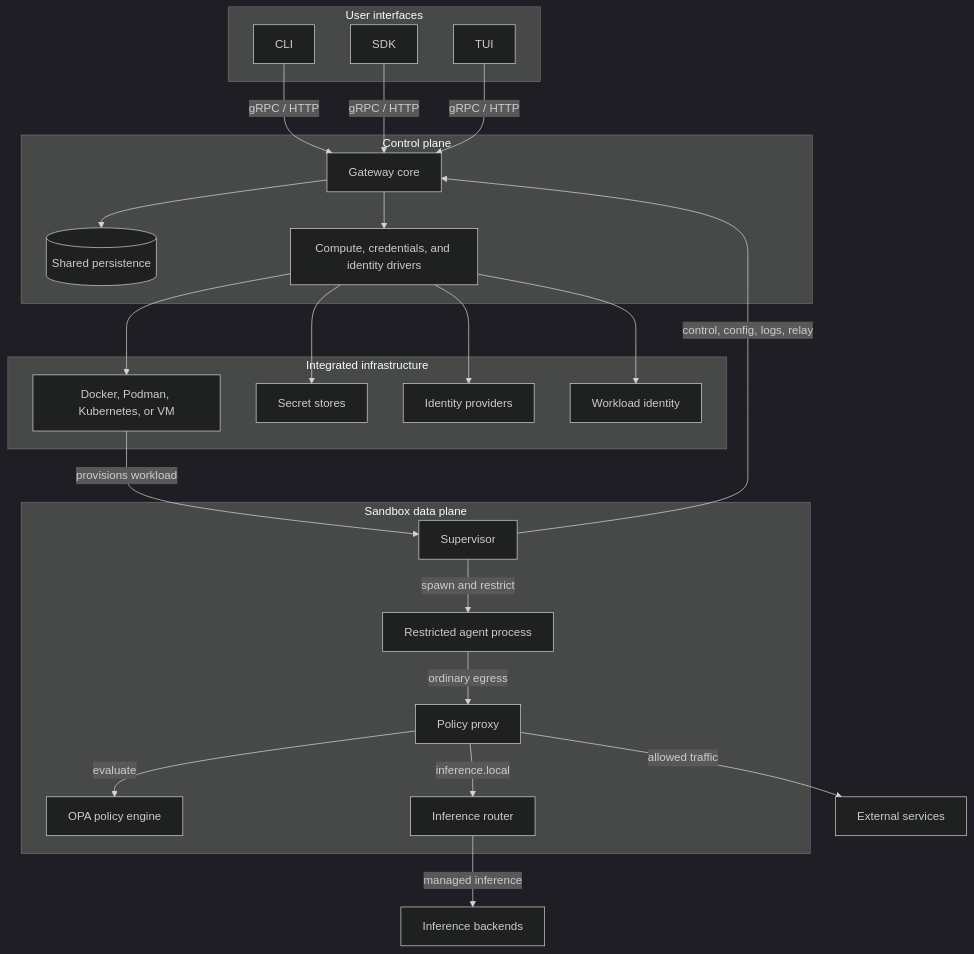
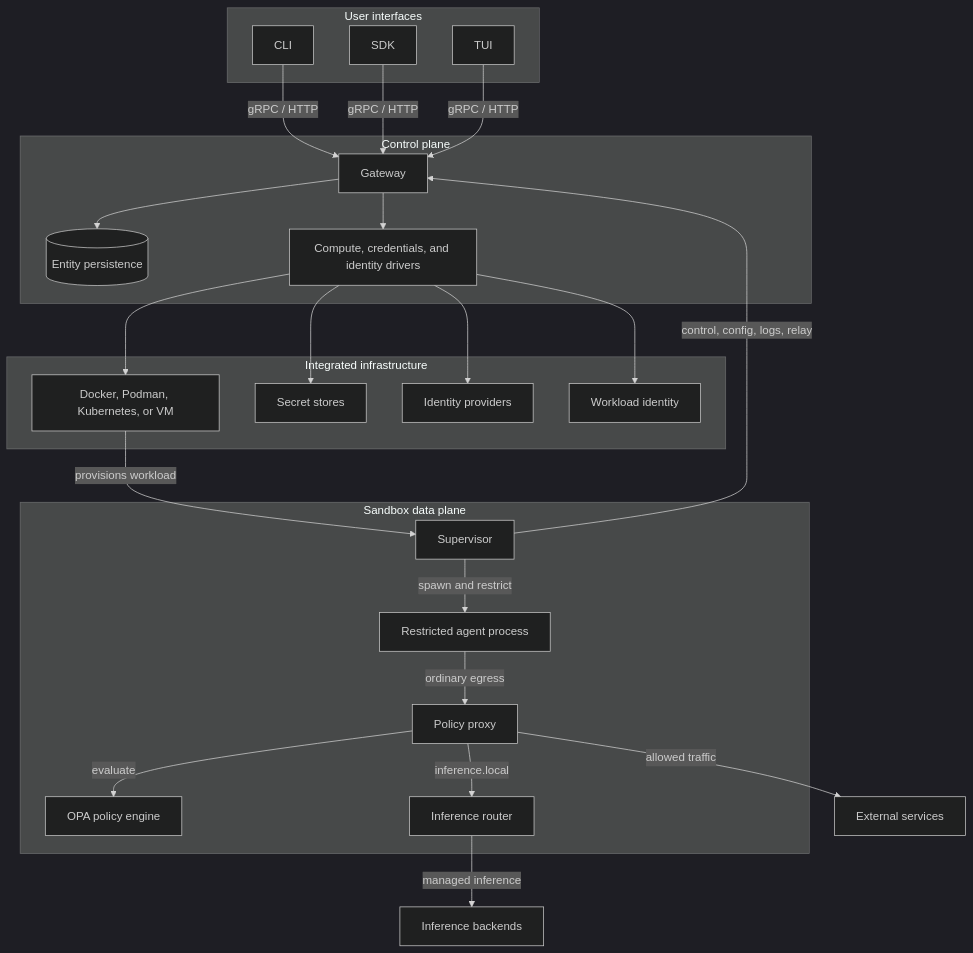
One commit to NVIDIA/OpenShell changed the diagram in docs/about/how-it-works.mdx. Above: the diagram before and after it, drawn with Mermaid (dark theme). The commit also changed other lines of this file, not shown here.

````diff
--- a/docs/about/how-it-works.mdx
+++ b/docs/about/how-it-works.mdx
@@ -30,47 +23,47 @@
 ```mermaid
 flowchart TB
     subgraph UI["User interfaces"]
         CLI["CLI"]
         SDK["SDK"]
         TUI["TUI"]
     end
 
     subgraph CP["Control plane"]
-        GW["Gateway core"]
-        DB[("Shared persistence")]
+        GW["Gateway"]
+        DB[("Entity persistence")]
         DRIVERS["Compute, credentials, and identity drivers"]
     end
 
     subgraph INFRA["Integrated infrastructure"]
         RUNTIME["Docker, Podman, Kubernetes, or VM"]
         SECRETSTORE["Secret stores"]
         IDP["Identity providers"]
         WORKLOADID["Workload identity"]
     end
 
     subgraph DP["Sandbox data plane"]
         SUP["Supervisor"]
         AGENT["Restricted agent process"]
         PROXY["Policy proxy"]
         POLICY["OPA policy engine"]
         ROUTER["Inference router"]
     end
 
     CLI -->|"gRPC / HTTP"| GW
     SDK -->|"gRPC / HTTP"| GW
     TUI -->|"gRPC / HTTP"| GW
     GW --> DB
     GW --> DRIVERS
     DRIVERS --> RUNTIME
     DRIVERS --> SECRETSTORE
     DRIVERS --> IDP
     DRIVERS --> WORKLOADID
     RUNTIME -->|"provisions workload"| SUP
     SUP -->|"control, config, logs, relay"| GW
     SUP -->|"spawn and restrict"| AGENT
     AGENT -->|"ordinary egress"| PROXY
     PROXY -->|"evaluate"| POLICY
     PROXY -->|"allowed traffic"| EXT["External services"]
     PROXY -->|"inference.local"| ROUTER
     ROUTER -->|"managed inference"| MODEL["Inference backends"]
 ```
````
